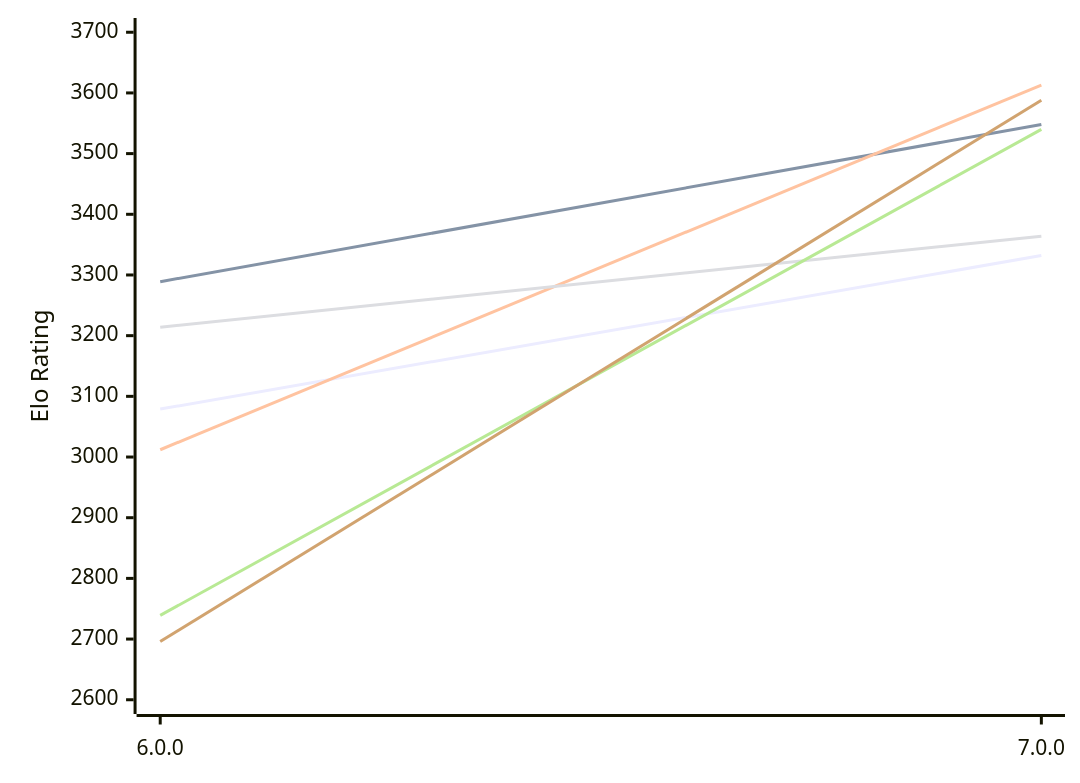
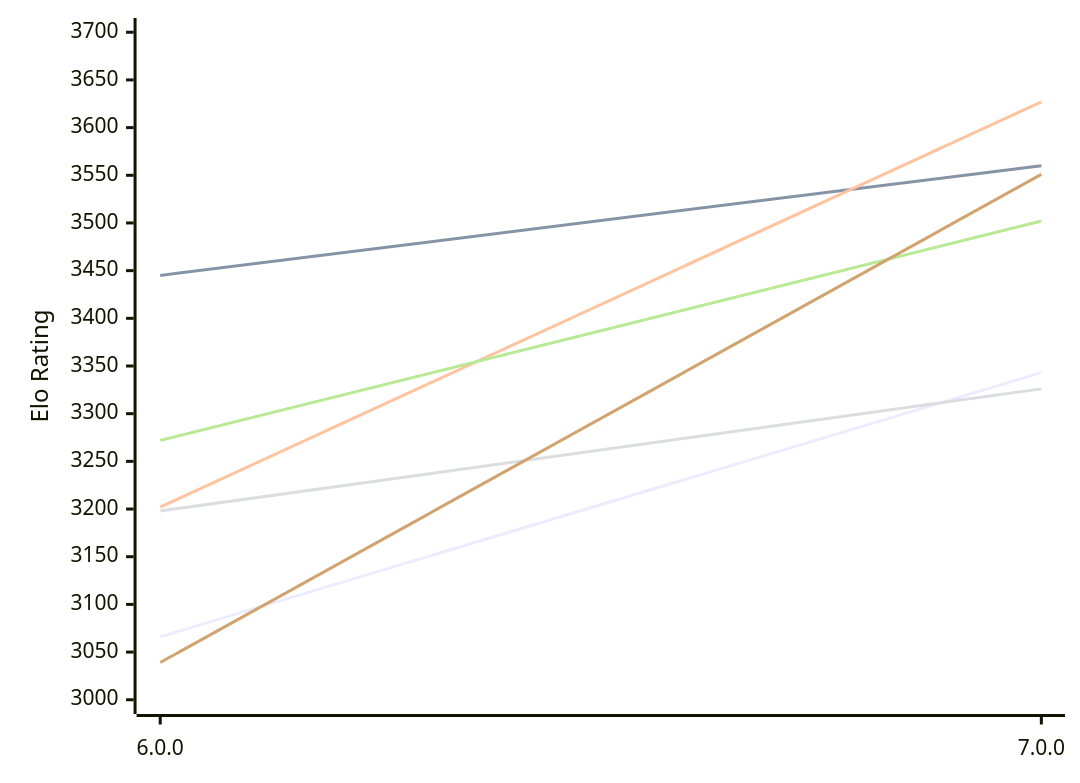
Before and after one commit to computer-chess-index/cci: the first of 2 diagrams in engines/Minke.md, drawn with Mermaid. The commit also changed other lines of this file, not shown here.

Commit message:
Update CCI Ratings (ELO VLTC) - 2026-11-14

````diff
--- a/engines/Minke.md
+++ b/engines/Minke.md
@@ -53,12 +53,12 @@
 ```mermaid
 %%{init: {"theme":"base","themeVariables":{"seriesColors:['#a3a3a3','#222221','#faa371']}}}%%
 xychart-beta
   x-axis ["6.0.0", "7.0.0"]
-  y-axis "Elo Rating" 2600 --> 3700
-  line "E1: STC (8.0+0.08s)" [3079, 3332]
-  line "E1: LTC (60.0+0.60s)" [3289, 3548]
-  line "E1: VLTC (2m24s+1.12s)" [3012, 3613]
-  line "P1: STC (8.0+0.08s)" [3214, 3364]
-  line "P1: LTC (60.0+0.60s)" [2739, 3540]
-  line "P1: VLTC (2m24s+1.12s)" [2696, 3588]
+  y-axis "Elo Rating" 3000 --> 3700
+  line "E1: STC (8.0+0.08s)" [3066, 3343]
+  line "E1: LTC (60.0+0.60s)" [3445, 3560]
+  line "E1: VLTC (2m24s+1.12s)" [3202, 3627]
+  line "P1: STC (8.0+0.08s)" [3198, 3326]
+  line "P1: LTC (60.0+0.60s)" [3272, 3502]
+  line "P1: VLTC (2m24s+1.12s)" [3039, 3551]
 ```
````
